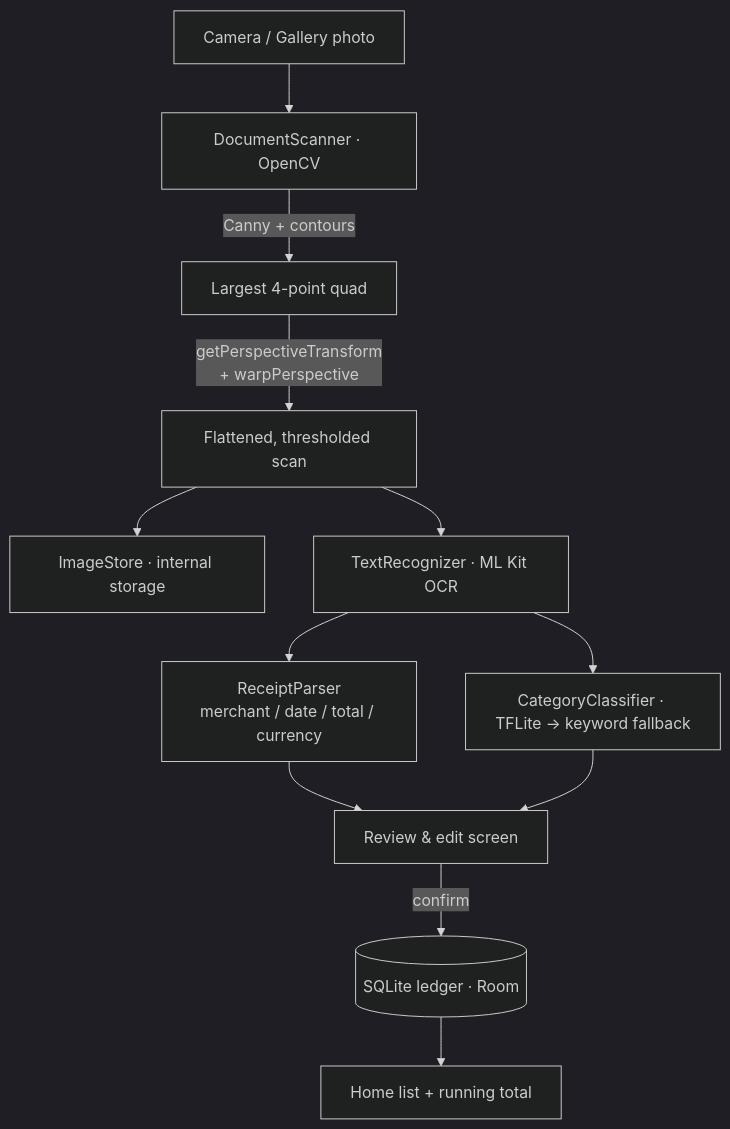
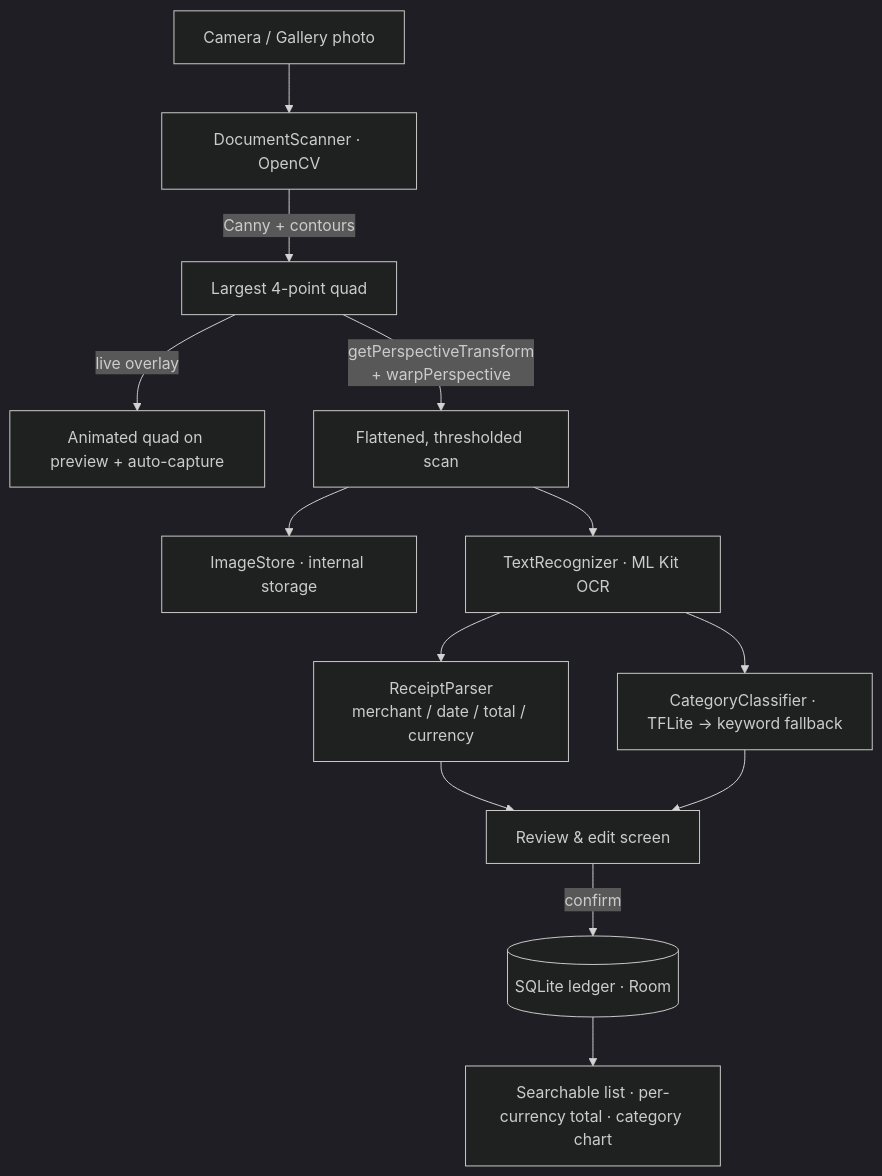
Before and after one commit to xj16/pocketscan: the diagram in README.md, drawn with Mermaid (dark theme). The commit also changed other lines of this file and 33 other files, not shown here.

First line of the commit message:
feat: live edge overlay, searchable ledger, currency fix, parser playground

````diff
--- a/README.md
+++ b/README.md
@@ -55,14 +92,15 @@
 ```mermaid
 flowchart TD
     A[Camera / Gallery photo] --> B[DocumentScanner · OpenCV]
     B -->|Canny + contours| C[Largest 4-point quad]
+    C -->|live overlay| C2[Animated quad on preview + auto-capture]
     C -->|getPerspectiveTransform<br/>+ warpPerspective| D[Flattened, thresholded scan]
     D --> E[ImageStore · internal storage]
     D --> F[TextRecognizer · ML Kit OCR]
     F --> G[ReceiptParser<br/>merchant / date / total / currency]
     F --> H[CategoryClassifier · TFLite → keyword fallback]
     G --> I[Review & edit screen]
     H --> I
     I -->|confirm| J[(SQLite ledger · Room)]
-    J --> K[Home list + running total]
+    J --> K[Searchable list · per-currency total · category chart]
 ```
````
